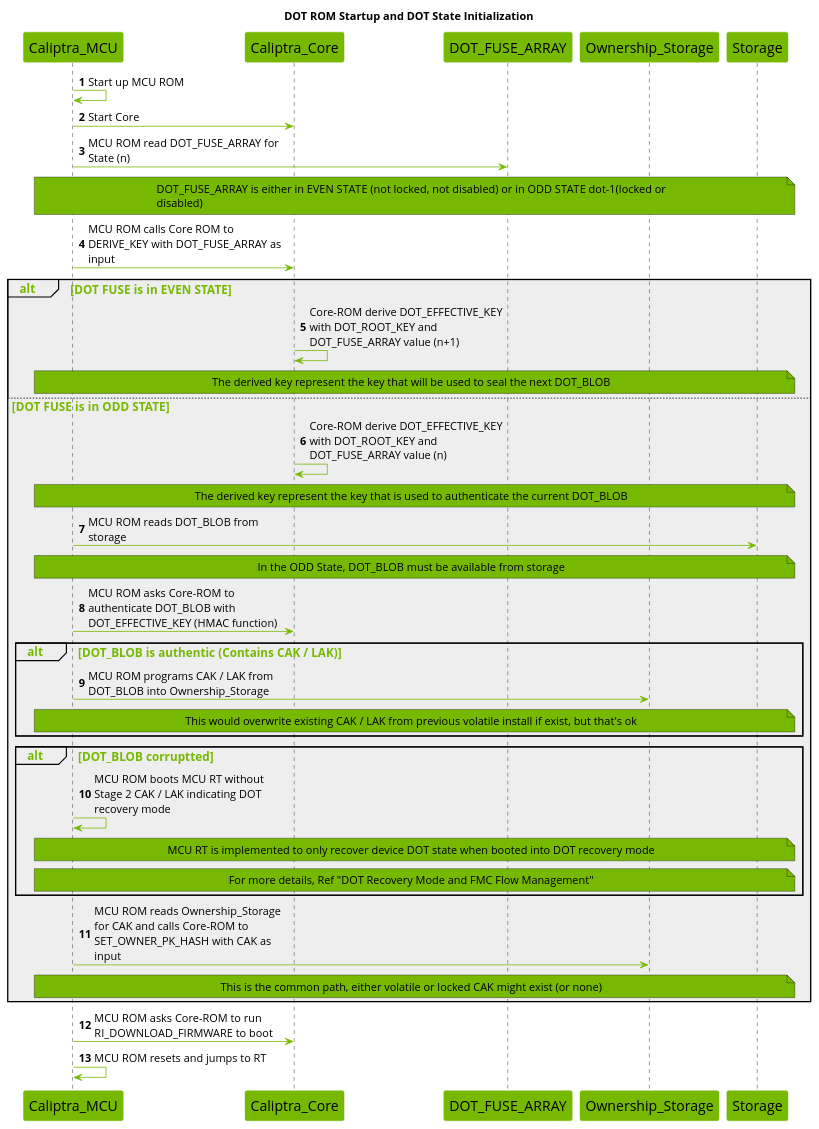
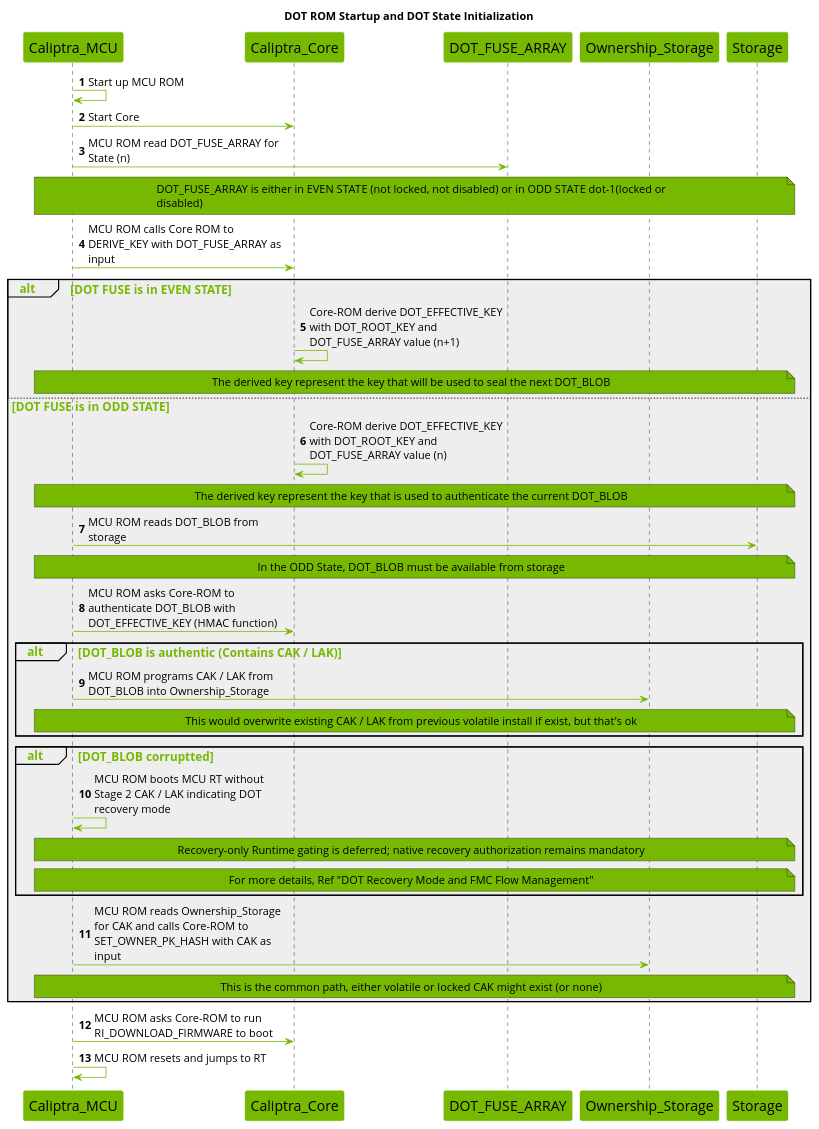
One commit to chipsalliance/caliptra-mcu-sw changed the first of 8 diagrams in docs/src/dot.md. Above: the diagram before and after it, drawn with PlantUML. The commit also changed other lines of this file and 6 other files, not shown here.

Commit message:
docs: document runtime DOT command family

````diff
--- a/docs/src/dot.md
+++ b/docs/src/dot.md
@@ -306,68 +284,68 @@
 ```plantuml
 @startuml
 title DOT ROM Startup and DOT State Initialization
 
 skinparam maxMessageSize 250
 skinparam wrapWidth 700
 skinparam backgroundColor white
 skinparam NoteBackgroundColor #76b900
 skinparam NoteFontSize 14
 skinparam SequenceGroupBodyBackgroundColor #EEEEEE
 skinparam defaultFontName Open Sans
 
 skinparam sequence {
     ArrowColor #76b900
     ActorBorderColor #76b900
     LifeLineBorderColor #000000
     LifeLineBackgroundColor #76b900
     GroupHeaderFontsize 15
     GroupHeaderFontColor #76b900
     GroupFontSize 15
     GroupFontColor #76b900
     ArrowFontSize 15
     ParticipantBorderColor #76b900
     ParticipantBackgroundColor #76b900
     ParticipantFontSize 18
     ParticipantFontColor black
     ArrowFontSize 14
 }
 
 participant Caliptra_MCU
 participant Caliptra_Core
 participant DOT_FUSE_ARRAY
 participant Ownership_Storage
 participant Storage
 
 autonumber
 
 Caliptra_MCU -> Caliptra_MCU : Start up MCU ROM
 Caliptra_MCU -> Caliptra_Core : Start Core
 Caliptra_MCU -> DOT_FUSE_ARRAY : MCU ROM read DOT_FUSE_ARRAY for State (n)
 note across : DOT_FUSE_ARRAY is either in EVEN STATE (not locked, not disabled) or in ODD STATE dot-1(locked or disabled)
 Caliptra_MCU -> Caliptra_Core : MCU ROM calls Core ROM to DERIVE_KEY with DOT_FUSE_ARRAY as input
 alt DOT FUSE is in EVEN STATE
     Caliptra_Core -> Caliptra_Core : Core-ROM derive DOT_EFFECTIVE_KEY with DOT_ROOT_KEY and DOT_FUSE_ARRAY value (n+1)
     note across : The derived key represent the key that will be used to seal the next DOT_BLOB
 else DOT FUSE is in ODD STATE
     Caliptra_Core -> Caliptra_Core : Core-ROM derive DOT_EFFECTIVE_KEY with DOT_ROOT_KEY and DOT_FUSE_ARRAY value (n)
     note across : The derived key represent the key that is used to authenticate the current DOT_BLOB
     Caliptra_MCU -> Storage : MCU ROM reads DOT_BLOB from storage
     note across : In the ODD State, DOT_BLOB must be available from storage
     Caliptra_MCU -> Caliptra_Core : MCU ROM asks Core-ROM to authenticate DOT_BLOB with DOT_EFFECTIVE_KEY (HMAC function)
     alt DOT_BLOB is authentic (Contains CAK / LAK)
         Caliptra_MCU -> Ownership_Storage : MCU ROM programs CAK / LAK from DOT_BLOB into Ownership_Storage
         note across : This would overwrite existing CAK / LAK from previous volatile install if exist, but that's ok
     end
     alt DOT_BLOB corruptted
         Caliptra_MCU -> Caliptra_MCU : MCU ROM boots MCU RT without Stage 2 CAK / LAK indicating DOT recovery mode
-        note across: MCU RT is implemented to only recover device DOT state when booted into DOT recovery mode
+        note across: Recovery-only Runtime gating is deferred; native recovery authorization remains mandatory
         note across : For more details, Ref "DOT Recovery Mode and FMC Flow Management"
     end
     Caliptra_MCU -> Ownership_Storage : MCU ROM reads Ownership_Storage for CAK and calls Core-ROM to SET_OWNER_PK_HASH with CAK as input
     note across : This is the common path, either volatile or locked CAK might exist (or none)
 end
 Caliptra_MCU -> Caliptra_Core : MCU ROM asks Core-ROM to run RI_DOWNLOAD_FIRMWARE to boot
 Caliptra_MCU -> Caliptra_MCU : MCU ROM resets and jumps to RT
 
 @enduml
 ```
````
